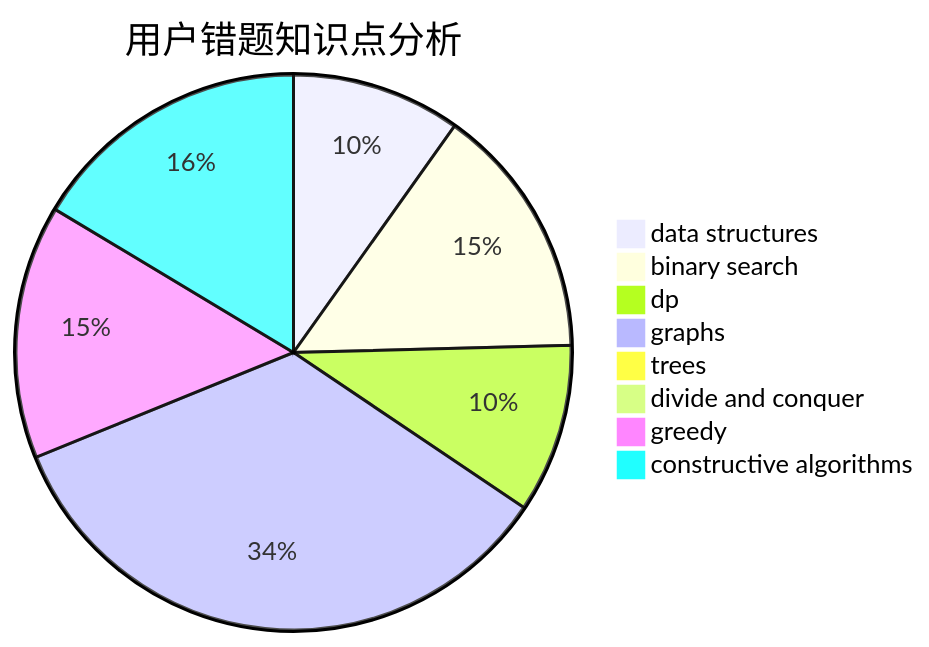
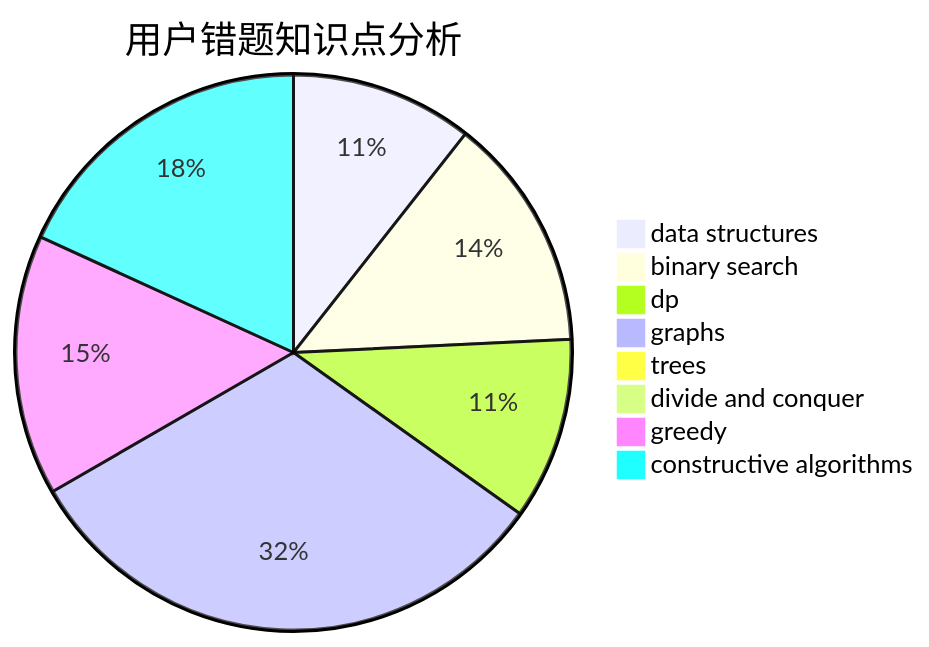
Before and after one commit to sherpahu/cfrs.github.io: the third of 3 diagrams in docs/user/u1729.md, drawn with Mermaid. The commit also changed other lines of this file and 2770 other files, not shown here.

````diff
--- a/docs/user/u1729.md
+++ b/docs/user/u1729.md
@@ -36,11 +36,11 @@
 ```mermaid
 pie title 用户错题知识点分析
-    "data structures" :  6
+    "data structures" :  7
     "binary search" :  9
-    "dp" :  6
+    "dp" :  7
     "graphs" :  21
     "trees" :  0
     "divide and conquer" :  0
-    "greedy" :  9
-    "constructive algorithms" :  10
+    "greedy" :  10
+    "constructive algorithms" :  12
 ```
````
